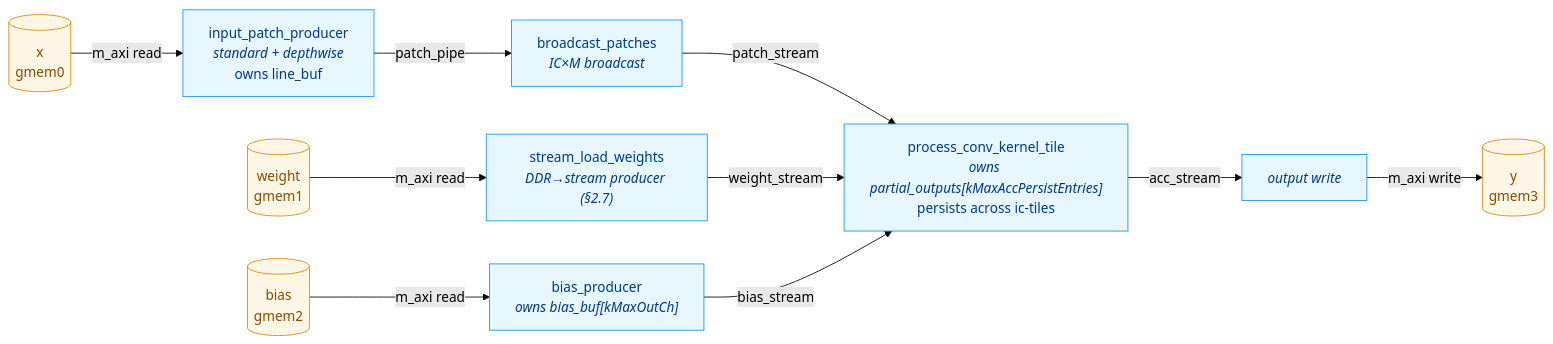
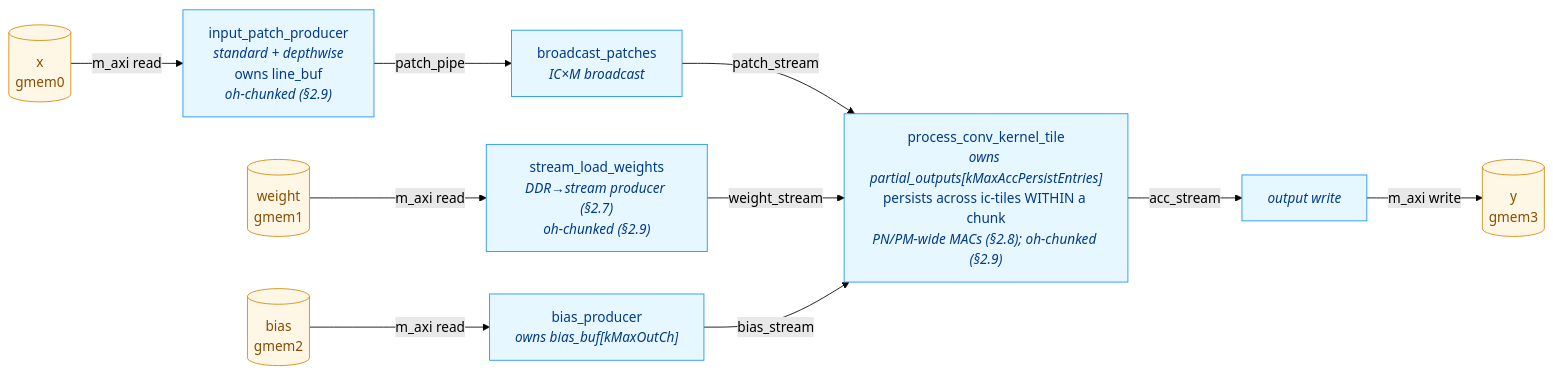
The diagram in doc/CONV_OPTIMISATION.md (GradeBuilderSL/cormorant), drawn with Mermaid (forest theme) before and after one commit. The commit also changed other lines of this file and 1 other file, not shown here.

First line of the commit message:
Document PN/PM parallel MACs and oh-chunking in conv kernel docs

````diff
--- a/doc/CONV_OPTIMISATION.md
+++ b/doc/CONV_OPTIMISATION.md
@@ -214,28 +369,28 @@
 ```mermaid
 flowchart LR
     DDR_X[("x<br/>gmem0")]
     DDR_W[("weight<br/>gmem1")]
     DDR_B[("bias<br/>gmem2")]
     DDR_Y[("y<br/>gmem3")]
-    IPP["input_patch_producer<br/><i>standard + depthwise</i><br/>owns line_buf"]
+    IPP["input_patch_producer<br/><i>standard + depthwise</i><br/>owns line_buf<br/><i>oh-chunked (§2.9)</i>"]
     BC["broadcast_patches<br/><i>IC×M broadcast</i>"]
-    SLW["stream_load_weights<br/><i>DDR→stream producer (§2.7)</i>"]
+    SLW["stream_load_weights<br/><i>DDR→stream producer (§2.7)</i><br/><i>oh-chunked (§2.9)</i>"]
     BP["bias_producer<br/><i>owns bias_buf[kMaxOutCh]</i>"]
-    PCT["process_conv_kernel_tile<br/><i>owns partial_outputs[kMaxAccPersistEntries]</i><br/>persists across ic-tiles"]
+    PCT["process_conv_kernel_tile<br/><i>owns partial_outputs[kMaxAccPersistEntries]</i><br/>persists across ic-tiles WITHIN a chunk<br/><i>PN/PM-wide MACs (§2.8); oh-chunked (§2.9)</i>"]
     WO["<i>output write</i>"]
 
     DDR_X -->|m_axi read| IPP
     DDR_W -->|m_axi read| SLW
     DDR_B -->|m_axi read| BP
     IPP -->|patch_pipe| BC
     BC -->|patch_stream| PCT
     SLW -->|weight_stream| PCT
     BP -->|bias_stream| PCT
     PCT -->|acc_stream| WO
     WO -->|m_axi write| DDR_Y
 
     classDef ddr fill:#fff7e6,stroke:#d48806,color:#874d00
     classDef stage fill:#e6f7ff,stroke:#1890ff,color:#003a8c
     class DDR_X,DDR_W,DDR_B,DDR_Y ddr
     class IPP,BC,SLW,BP,PCT,WO stage
 ```
````
